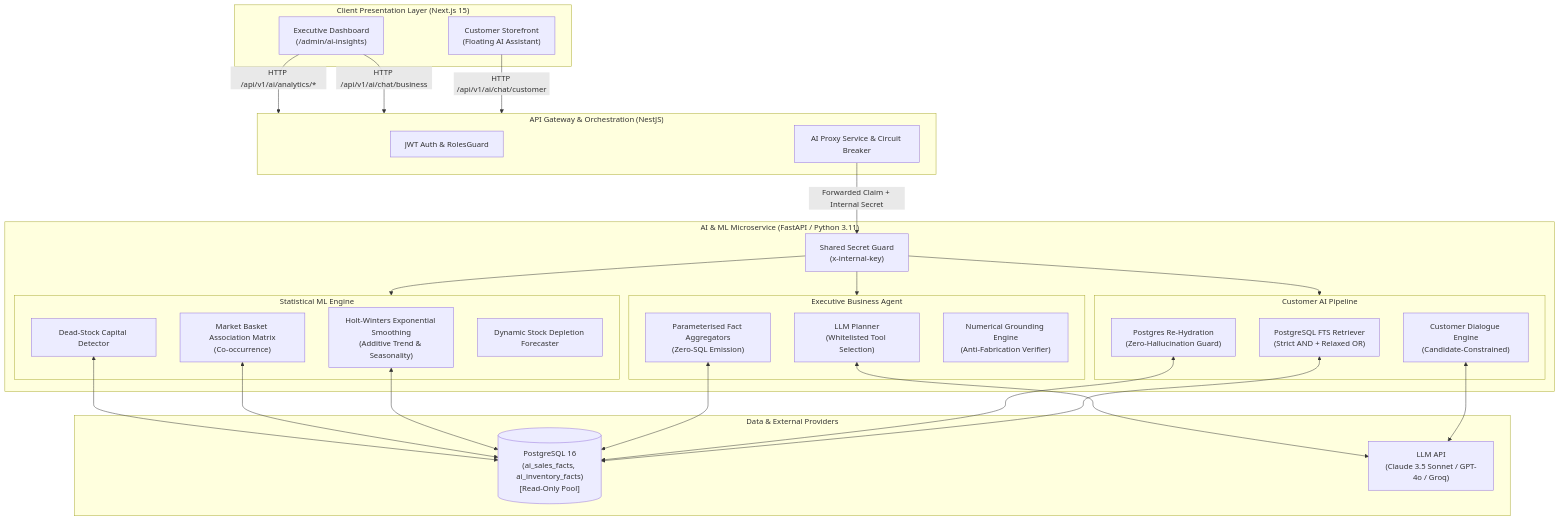
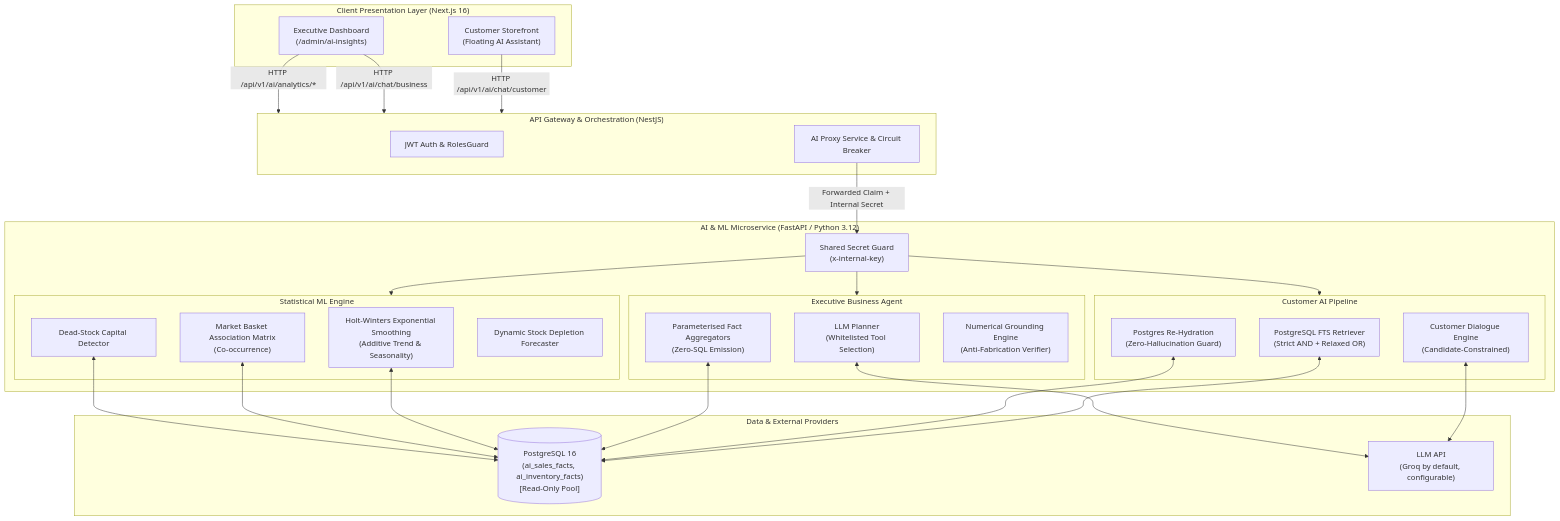
The first of 5 diagrams in docs/AI_AND_ML_ARCHITECTURE.md (DininduAkalanka/textile-automation-platform), drawn with Mermaid before and after one commit. The commit also changed other lines of this file and 91 other files, not shown here.

````diff
--- a/docs/AI_AND_ML_ARCHITECTURE.md
+++ b/docs/AI_AND_ML_ARCHITECTURE.md
@@ -30,59 +30,59 @@
 ```mermaid
 flowchart TB
-    subgraph ClientLayer ["Client Presentation Layer (Next.js 15)"]
+    subgraph ClientLayer ["Client Presentation Layer (Next.js 16)"]
         StorefrontUI["Customer Storefront\n(Floating AI Assistant)"]
         AdminUI["Executive Dashboard\n(/admin/ai-insights)"]
     end
 
     subgraph GatewayLayer ["API Gateway & Orchestration (NestJS)"]
         AuthGuard["JWT Auth & RolesGuard"]
         AIServiceGateway["AI Proxy Service & Circuit Breaker"]
     end
 
-    subgraph AIService ["AI & ML Microservice (FastAPI / Python 3.11)"]
+    subgraph AIService ["AI & ML Microservice (FastAPI / Python 3.12)"]
         InternalAuth["Shared Secret Guard\n(x-internal-key)"]
         
         subgraph SubCustomer ["Customer AI Pipeline"]
             Retriever["PostgreSQL FTS Retriever\n(Strict AND + Relaxed OR)"]
             ChatEngine["Customer Dialogue Engine\n(Candidate-Constrained)"]
             Hydrator["Postgres Re-Hydration\n(Zero-Hallucination Guard)"]
         end
 
         subgraph SubBusiness ["Executive Business Agent"]
             ToolSelector["LLM Planner\n(Whitelisted Tool Selection)"]
             ToolExecutor["Parameterised Fact Aggregators\n(Zero-SQL Emission)"]
             GroundingEngine["Numerical Grounding Engine\n(Anti-Fabrication Verifier)"]
         end
 
         subgraph SubForecasting ["Statistical ML Engine"]
             HoltWinters["Holt-Winters Exponential Smoothing\n(Additive Trend & Seasonality)"]
             MarketBasket["Market Basket Association Matrix\n(Co-occurrence)"]
             DeadStock["Dead-Stock Capital Detector"]
             Reorder["Dynamic Stock Depletion Forecaster"]
         end
     end
 
     subgraph DataLayer ["Data & External Providers"]
         PostgresFacts[("PostgreSQL 16\n(ai_sales_facts, ai_inventory_facts)\n[Read-Only Pool]")]
-        LLMProvider["LLM API\n(Claude 3.5 Sonnet / GPT-4o / Groq)"]
+        LLMProvider["LLM API\n(Groq by default, configurable)"]
     end
 
     StorefrontUI -->|HTTP /api/v1/ai/chat/customer| GatewayLayer
     AdminUI -->|HTTP /api/v1/ai/chat/business| GatewayLayer
     AdminUI -->|HTTP /api/v1/ai/analytics/*| GatewayLayer
 
     AIServiceGateway -->|Forwarded Claim + Internal Secret| InternalAuth
     InternalAuth --> SubCustomer
     InternalAuth --> SubBusiness
     InternalAuth --> SubForecasting
 
     Retriever <--> PostgresFacts
     Hydrator <--> PostgresFacts
     ToolExecutor <--> PostgresFacts
     HoltWinters <--> PostgresFacts
     MarketBasket <--> PostgresFacts
     DeadStock <--> PostgresFacts
 
     ChatEngine <--> LLMProvider
     ToolSelector <--> LLMProvider
 ```
````
